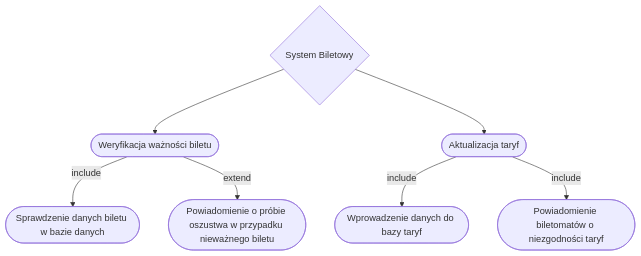
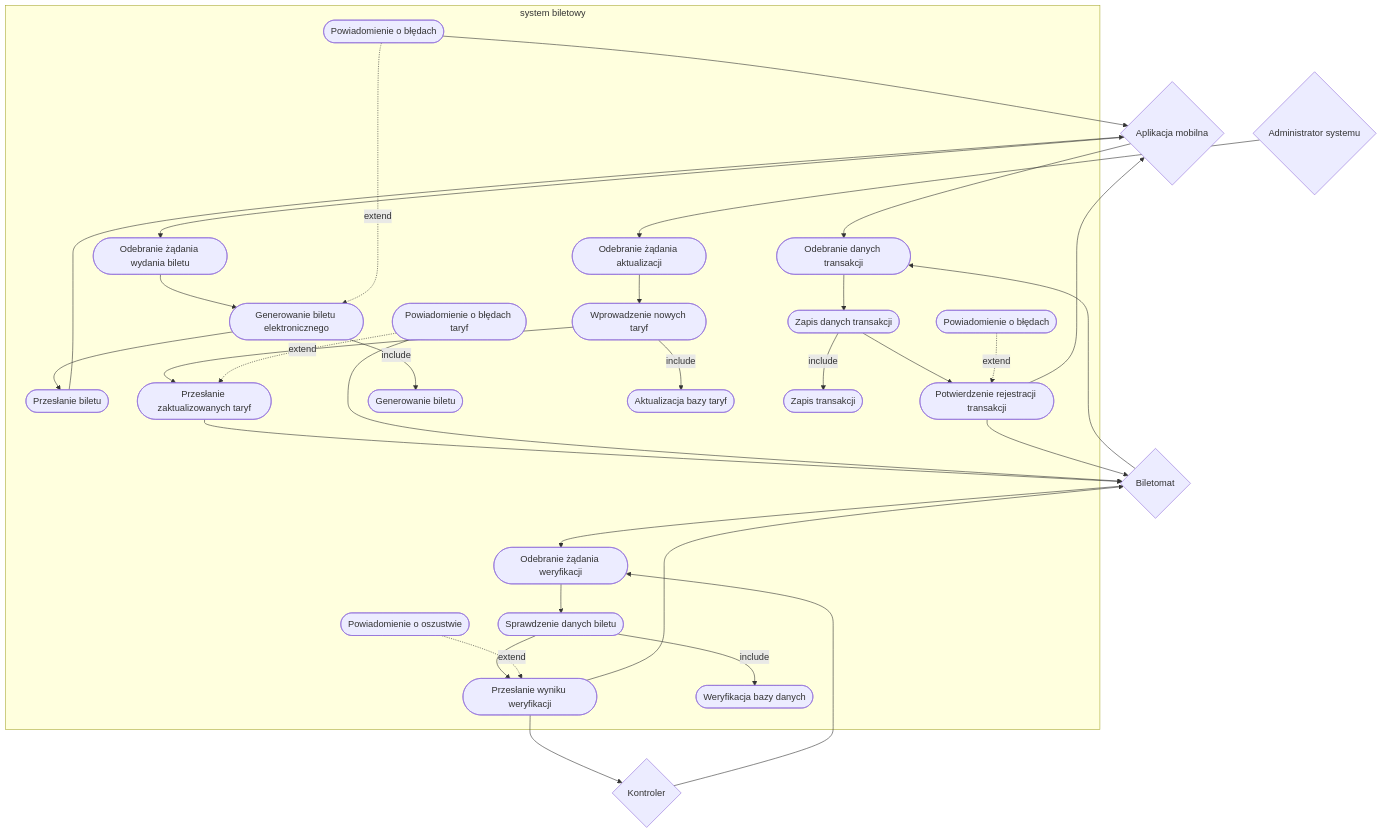
The fifth of 5 diagrams in system-biletowy.md (pilukal/MWO), drawn with Mermaid before and after one commit. The commit also changed other lines of this file, not shown here.

````diff
--- a/system-biletowy.md
+++ b/system-biletowy.md
@@ -121,18 +121,65 @@
 ```mermaid
 flowchart TD
-    system_biletowy{System Biletowy}
-    weryfikacja_waznosci_biletu([Weryfikacja ważności biletu])
-    sprawdzenie_danych_biletu_w_bazie_danych([Sprawdzenie danych biletu w bazie danych])
-    powiadomienie_o_probie_oszustwa([Powiadomienie o próbie oszustwa w przypadku nieważnego biletu])
-    akualizacja_taryf([Aktualizacja taryf])
-    wprowadzenie_danych_do_bazy_taryf([Wprowadzenie danych do bazy taryf])
-    powiadomienie_biletomatów_o_niezgodności_taryf([Powiadomienie biletomatów o niezgodności taryf])
+    
+    Aplikacja_mobilna{Aplikacja mobilna}
+    Administrator_systemu{Administrator systemu}
+    Biletomat{Biletomat}
+    Kontroler{Kontroler}
 
+    Aplikacja_mobilna --> Odebranie_zadania_zakupu
+    Przeslanie_biletu_elektronicznego --> Aplikacja_mobilna
+    Obsluga_bledow_zakupu --> Aplikacja_mobilna
+    Administrator_systemu --> Odebranie_zadania_aktualizacji
+    Przeslanie_zaktualizowanych_taryf --> Biletomat
+    Powiadomienie_o_bledach_taryf --> Biletomat
+    Biletomat --> Odebranie_zadania_weryfikacji
+    Kontroler --> Odebranie_zadania_weryfikacji
+    Przeslanie_wyniku_weryfikacji -->Biletomat
+    Przeslanie_wyniku_weryfikacji -->Kontroler
+    Biletomat --> Odebranie_danych_transakcji
+    Aplikacja_mobilna --> Odebranie_danych_transakcji
+    Potwierdzenie_rejestracji_transakcji -->Biletomat
+    Potwierdzenie_rejestracji_transakcji -->Aplikacja_mobilna
 
-    system_biletowy --> weryfikacja_waznosci_biletu
-    weryfikacja_waznosci_biletu --> |include| sprawdzenie_danych_biletu_w_bazie_danych
-    weryfikacja_waznosci_biletu --> |extend| powiadomienie_o_probie_oszustwa
-    system_biletowy --> akualizacja_taryf
-    akualizacja_taryf --> |include| wprowadzenie_danych_do_bazy_taryf
-    akualizacja_taryf --> |include| powiadomienie_biletomatów_o_niezgodności_taryf
+    subgraph system biletowy
+    Odebranie_zadania_zakupu([Odebranie żądania wydania biletu])
+    Generowanie_biletu_elektronicznego([Generowanie biletu elektronicznego])
+    Przeslanie_biletu_elektronicznego([Przesłanie biletu])
+    Generowanie_biletu([Generowanie biletu])
+    Obsluga_bledow_zakupu([Powiadomienie o błędach])
+    Odebranie_zadania_zakupu --> Generowanie_biletu_elektronicznego
+    Generowanie_biletu_elektronicznego --> Przeslanie_biletu_elektronicznego
+    Generowanie_biletu_elektronicznego --> |include| Generowanie_biletu
+    Obsluga_bledow_zakupu -.-> |extend| Generowanie_biletu_elektronicznego
+    
+    Odebranie_zadania_aktualizacji([Odebranie żądania aktualizacji])
+    Wprowadzenie_nowych_taryf([Wprowadzenie nowych taryf])
+    Przeslanie_zaktualizowanych_taryf([Przesłanie zaktualizowanych taryf])
+    Aktualizacja_bazy_taryf([Aktualizacja bazy taryf])
+    Powiadomienie_o_bledach_taryf([Powiadomienie o błędach taryf])
+    Odebranie_zadania_aktualizacji --> Wprowadzenie_nowych_taryf
+    Wprowadzenie_nowych_taryf --> Przeslanie_zaktualizowanych_taryf
+    Wprowadzenie_nowych_taryf --> |include| Aktualizacja_bazy_taryf
+    Powiadomienie_o_bledach_taryf -.-> |extend| Przeslanie_zaktualizowanych_taryf
+    
+    Odebranie_zadania_weryfikacji([Odebranie żądania weryfikacji])
+    Sprawdzenie_danych_biletu([Sprawdzenie danych biletu])
+    Przeslanie_wyniku_weryfikacji([Przesłanie wyniku weryfikacji])
+    Weryfikacja_bazy_danych([Weryfikacja bazy danych])
+    Powiadomienie_o_oszustwie([Powiadomienie o oszustwie])
+    Odebranie_zadania_weryfikacji --> Sprawdzenie_danych_biletu
+    Sprawdzenie_danych_biletu --> Przeslanie_wyniku_weryfikacji
+    Sprawdzenie_danych_biletu --> |include| Weryfikacja_bazy_danych
+    Powiadomienie_o_oszustwie -.-> |extend| Przeslanie_wyniku_weryfikacji
+    
+    Odebranie_danych_transakcji([Odebranie danych transakcji])
+    Zapis_transakcji_w_bazie([Zapis danych transakcji])
+    Potwierdzenie_rejestracji_transakcji([Potwierdzenie rejestracji transakcji])
+    Zapis_danych_transakcji([Zapis transakcji])
+    Powiadomienie_o_bledach([Powiadomienie o błędach])
+    Odebranie_danych_transakcji --> Zapis_transakcji_w_bazie
+    Zapis_transakcji_w_bazie --> Potwierdzenie_rejestracji_transakcji
+    Zapis_transakcji_w_bazie --> |include| Zapis_danych_transakcji
+    Powiadomienie_o_bledach -.-> |extend| Potwierdzenie_rejestracji_transakcji
+    end
 ```
````
